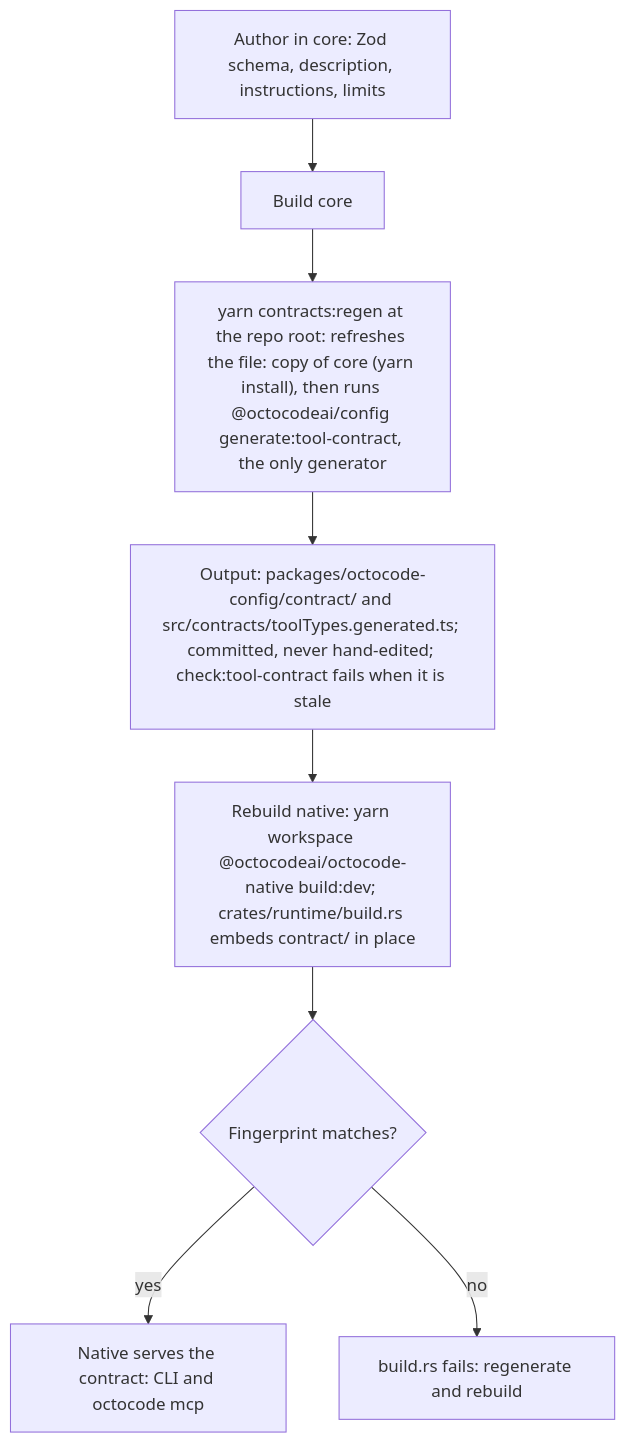
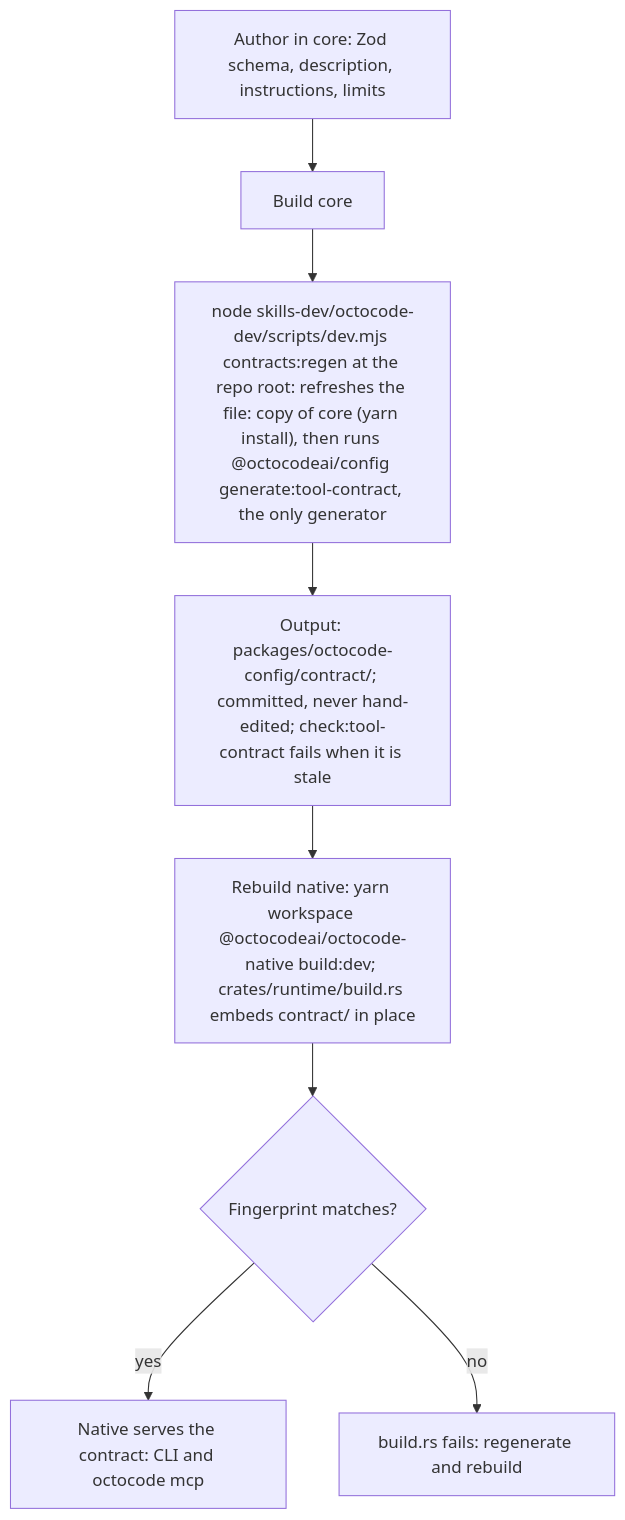
Before and after one commit to bgauryy/octocode: the diagram in skills-dev/octocode-dev/docs/DEVELOPMENT.md, drawn with Mermaid. The commit also changed other lines of this file and 1641 other files, not shown here.

````diff
--- a/skills-dev/octocode-dev/docs/DEVELOPMENT.md
+++ b/skills-dev/octocode-dev/docs/DEVELOPMENT.md
@@ -64,10 +64,10 @@
 ```mermaid
 flowchart TD
   A["Author in core: Zod schema, description, instructions, limits"] --> B[Build core]
-  B --> C["yarn contracts:regen at the repo root: refreshes the file: copy of core (yarn install), then runs @octocodeai/config generate:tool-contract, the only generator"]
-  C --> D["Output: packages/octocode-config/contract/ and src/contracts/toolTypes.generated.ts; committed, never hand-edited; check:tool-contract fails when it is stale"]
+  B --> C["node skills-dev/octocode-dev/scripts/dev.mjs contracts:regen at the repo root: refreshes the file: copy of core (yarn install), then runs @octocodeai/config generate:tool-contract, the only generator"]
+  C --> D["Output: packages/octocode-config/contract/; committed, never hand-edited; check:tool-contract fails when it is stale"]
   D --> E["Rebuild native: yarn workspace @octocodeai/octocode-native build:dev; crates/runtime/build.rs embeds contract/ in place"]
   E --> F{Fingerprint matches?}
   F -- yes --> G["Native serves the contract: CLI and octocode mcp"]
   F -- no --> H[build.rs fails: regenerate and rebuild]
 ```
````
